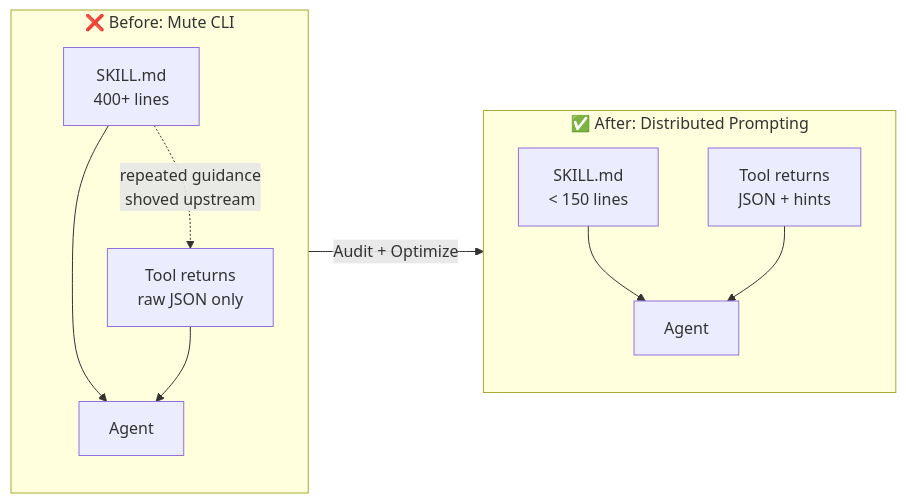
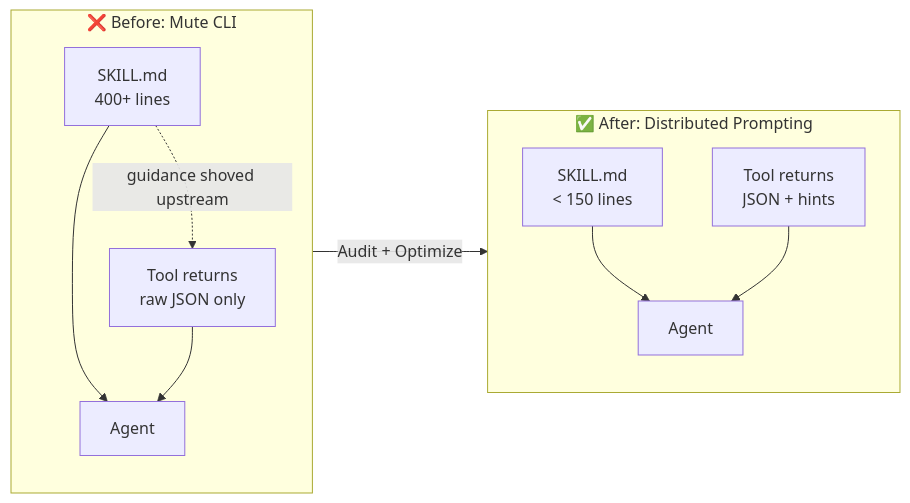
The first of 2 diagrams in README.md (DrDexter6000/talking-cli), drawn with Mermaid before and after one commit. The commit also changed other lines of this file and 23 other files, not shown here.

````diff
--- a/README.md
+++ b/README.md
@@ -69,15 +54,15 @@
 ```mermaid
 graph LR
     subgraph Before ["❌ Before: Mute CLI"]
         A1[SKILL.md<br/>400+ lines] --> A2[Agent]
         A3[Tool returns<br/>raw JSON only] --> A2
-        A1 -.->|repeated guidance<br/>shoved upstream| A3
+        A1 -.->|"guidance shoved upstream"| A3
     end
 
     subgraph After ["✅ After: Distributed Prompting"]
         B1[SKILL.md<br/>&lt; 150 lines] --> B2[Agent]
         B3[Tool returns<br/>JSON + hints] --> B2
     end
 
     Before -->|Audit + Optimize| After
 ```
````
